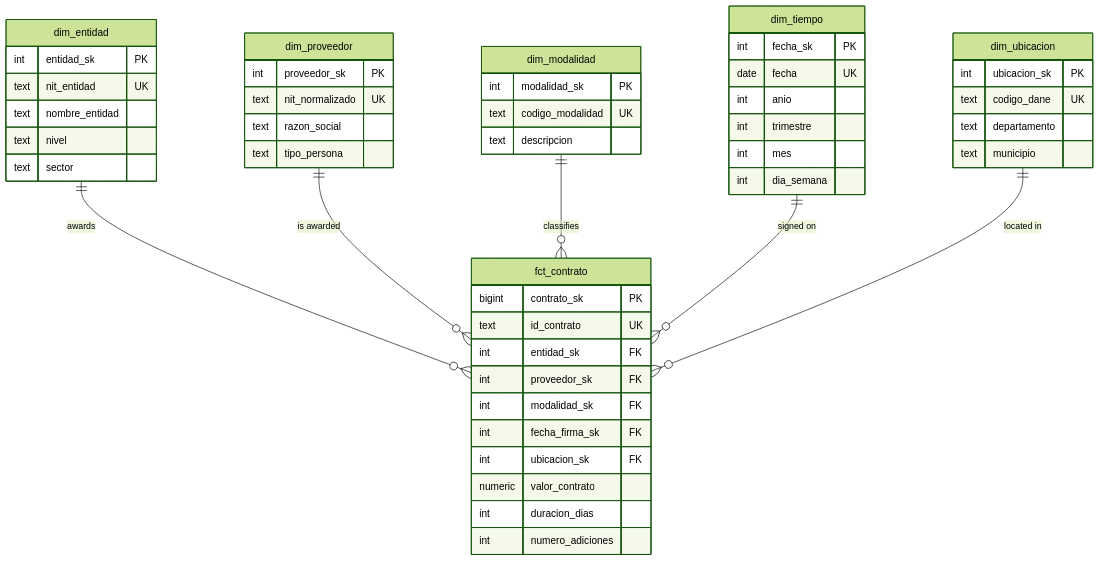
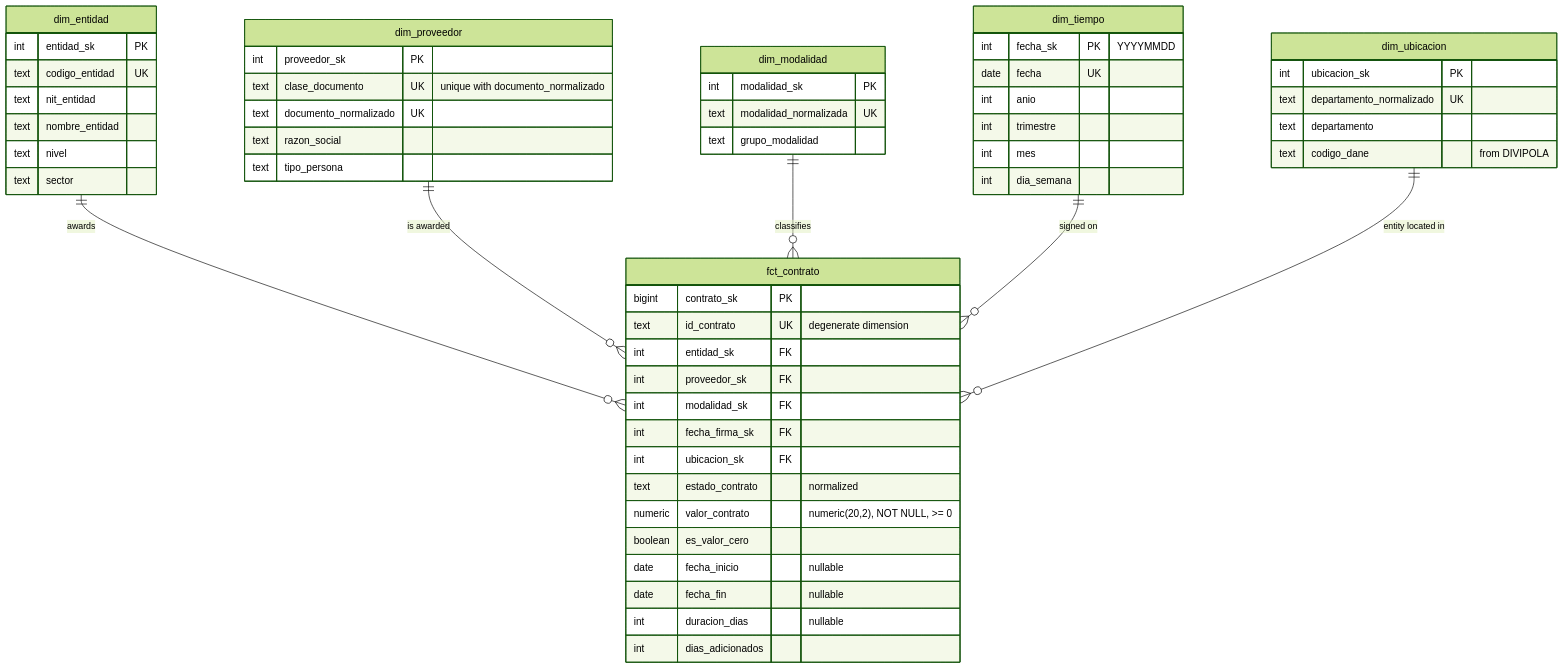
Before and after one commit to Dvargasar6/SecopII_project: the diagram in README.md, drawn with Mermaid (forest theme). The commit also changed other lines of this file and 1 other file, not shown here.

````diff
--- a/README.md
+++ b/README.md
@@ -137,53 +138,59 @@
 ```mermaid
 erDiagram
     dim_entidad   ||--o{ fct_contrato : "awards"
     dim_proveedor ||--o{ fct_contrato : "is awarded"
     dim_modalidad ||--o{ fct_contrato : "classifies"
     dim_tiempo    ||--o{ fct_contrato : "signed on"
-    dim_ubicacion ||--o{ fct_contrato : "located in"
+    dim_ubicacion ||--o{ fct_contrato : "entity located in"
 
     fct_contrato {
         bigint contrato_sk PK
-        text id_contrato UK
+        text id_contrato UK "degenerate dimension"
         int entidad_sk FK
         int proveedor_sk FK
         int modalidad_sk FK
         int fecha_firma_sk FK
         int ubicacion_sk FK
-        numeric valor_contrato
-        int duracion_dias
-        int numero_adiciones
+        text estado_contrato "normalized"
+        numeric valor_contrato "numeric(20,2), NOT NULL, >= 0"
+        boolean es_valor_cero
+        date fecha_inicio "nullable"
+        date fecha_fin "nullable"
+        int duracion_dias "nullable"
+        int dias_adicionados
     }
     dim_entidad {
         int entidad_sk PK
-        text nit_entidad UK
+        text codigo_entidad UK
+        text nit_entidad
         text nombre_entidad
         text nivel
         text sector
     }
     dim_proveedor {
         int proveedor_sk PK
-        text nit_normalizado UK
+        text clase_documento UK "unique with documento_normalizado"
+        text documento_normalizado UK
         text razon_social
         text tipo_persona
     }
     dim_modalidad {
         int modalidad_sk PK
-        text codigo_modalidad UK
-        text descripcion
+        text modalidad_normalizada UK
+        text grupo_modalidad
     }
     dim_tiempo {
-        int fecha_sk PK
+        int fecha_sk PK "YYYYMMDD"
         date fecha UK
         int anio
         int trimestre
         int mes
         int dia_semana
     }
     dim_ubicacion {
         int ubicacion_sk PK
-        text codigo_dane UK
+        text departamento_normalizado UK
         text departamento
-        text municipio
+        text codigo_dane "from DIVIPOLA"
     }
 ```
````
